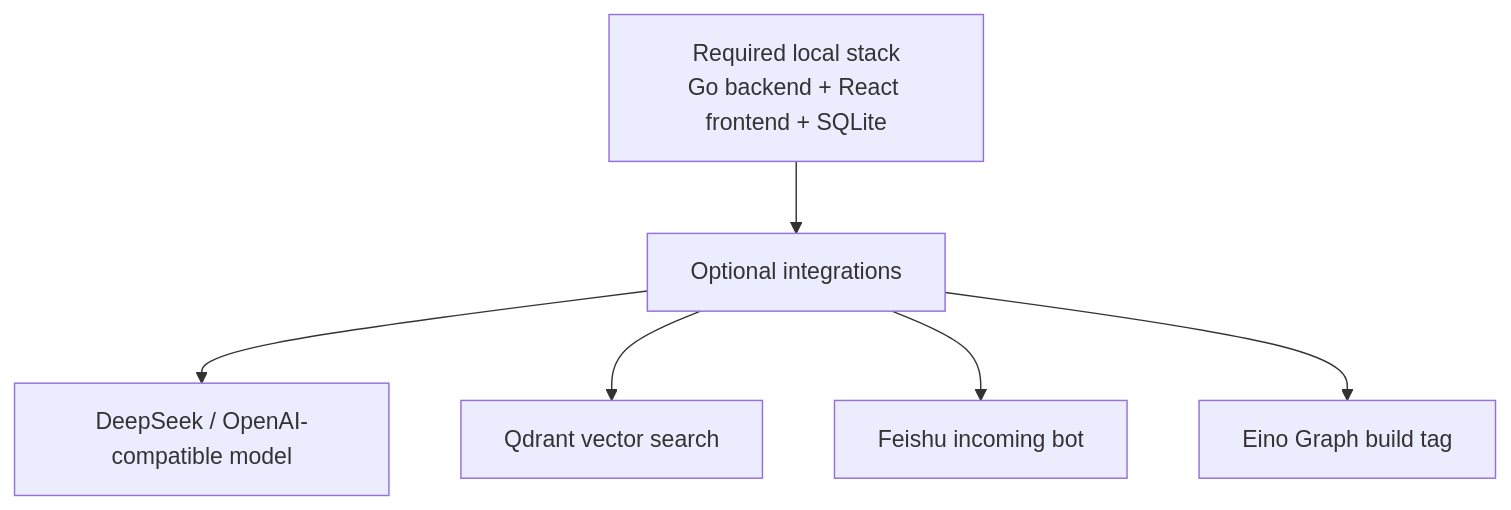
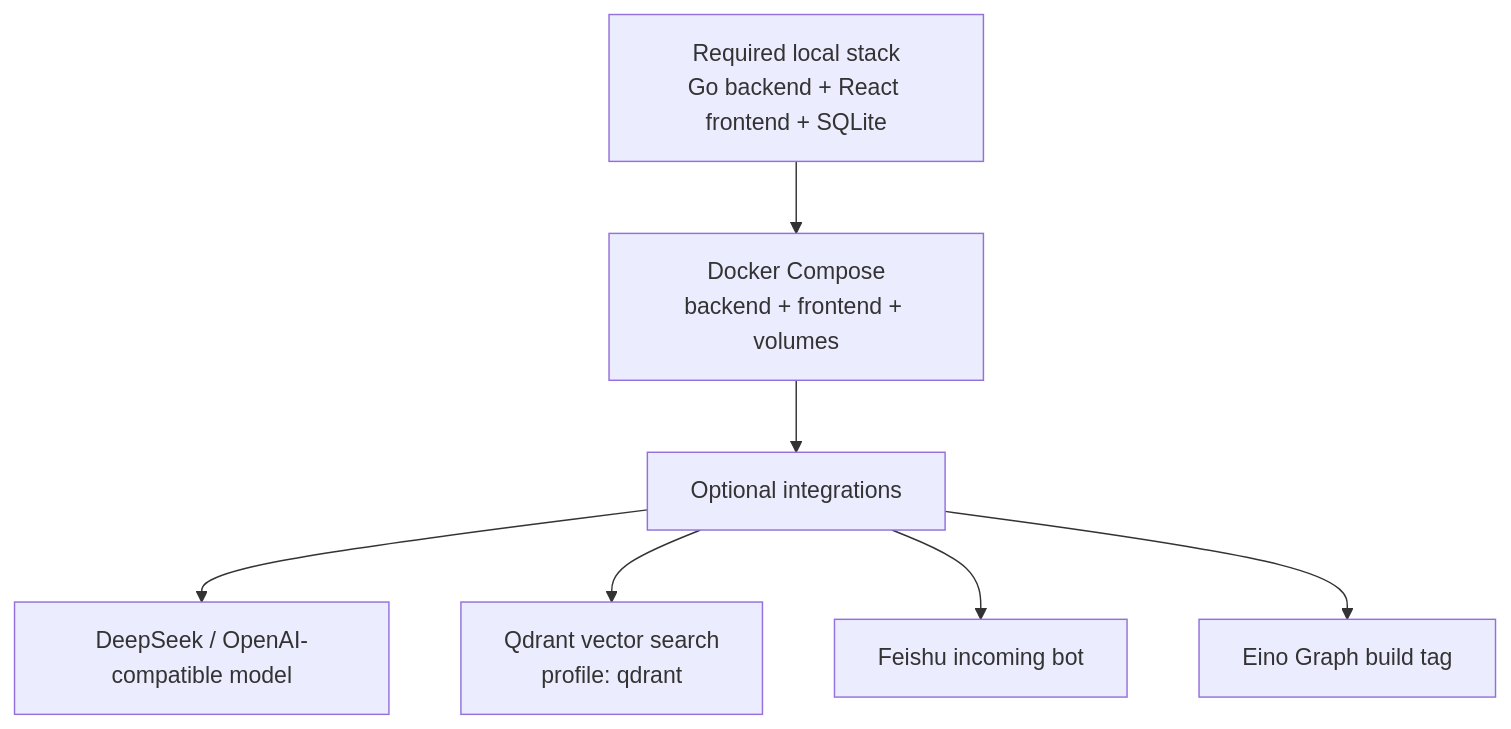
One commit to wenroudeyanhuo/Job-hunter-agent changed the fourth of 4 diagrams in docs/architecture.md. Above: the diagram before and after it, drawn with Mermaid. The commit also changed other lines of this file and 10 other files, not shown here.

Commit message:
docs: align agent architecture with resume claims

````diff
--- a/docs/architecture.md
+++ b/docs/architecture.md
@@ -113,15 +113,17 @@
 ```mermaid
 flowchart TB
   Local["Required local stack<br/>Go backend + React frontend + SQLite"]
   Optional["Optional integrations"]
   Model["DeepSeek / OpenAI-compatible model"]
-  Vector["Qdrant vector search"]
+  Compose["Docker Compose<br/>backend + frontend + volumes"]
+  Vector["Qdrant vector search<br/>profile: qdrant"]
   Notify["Feishu incoming bot"]
   Graph["Eino Graph build tag"]
 
-  Local --> Optional
+  Local --> Compose
+  Compose --> Optional
   Optional --> Model
   Optional --> Vector
   Optional --> Notify
   Optional --> Graph
 ```
````
